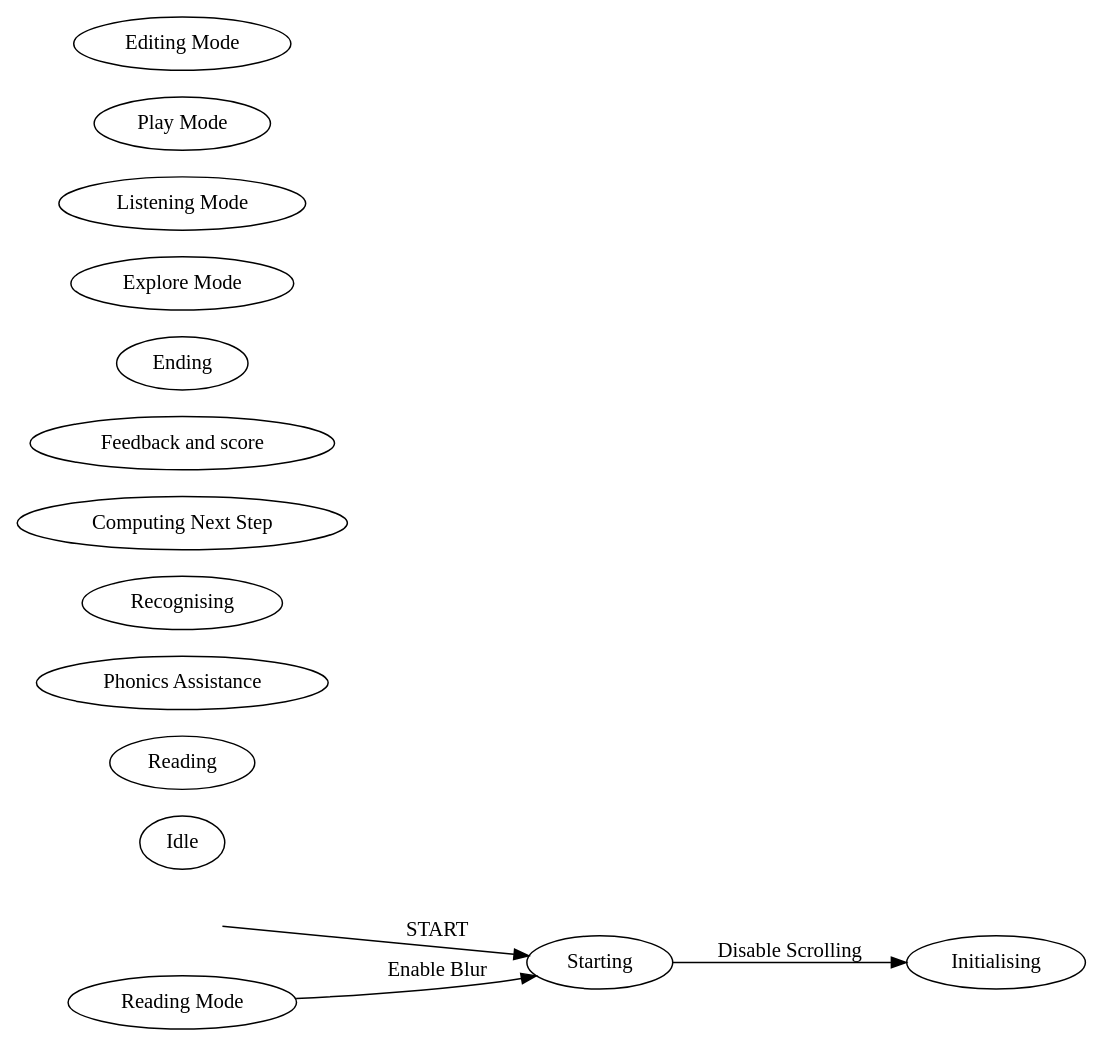
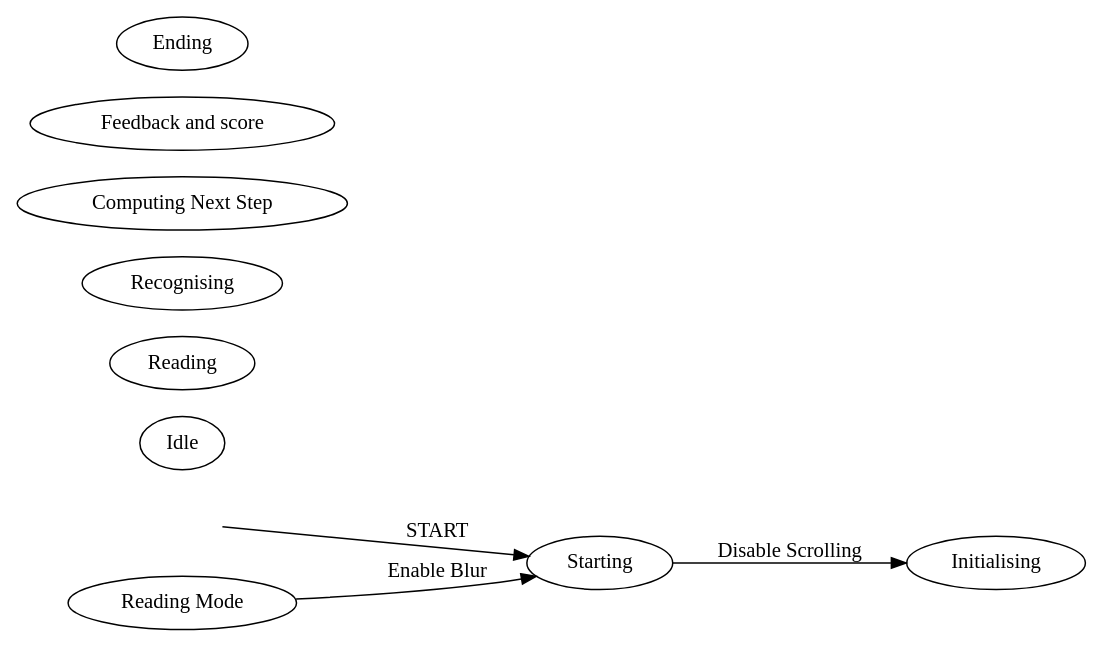
The diagram in SwiftReferenceApp/SwiftReferenceApp/AppTextView.schema.dot (geoo993/SwiftStateMachineDev), drawn with Graphviz before and after one commit. The commit also changed 5 other files, not shown here.

Commit message:
re-factored reading mode state machine

```diff
--- a/SwiftReferenceApp/SwiftReferenceApp/AppTextView.schema.dot
+++ b/SwiftReferenceApp/SwiftReferenceApp/AppTextView.schema.dot
@@ -1,24 +1,19 @@
 digraph {
     graph [rankdir=LR]
 
     0 [label="", shape=plaintext]
     0 -> 1 [label="START"]
 
     1 [label="Starting"]
     2 [label="Initialising"]
     3 [label="Idle"]
     4 [label="Reading"]
-    5 [label="Phonics Assistance"]
-    6 [label="Recognising"]
-    7 [label="Computing Next Step"]
-    8 [label="Feedback and score"]
-    9 [label="Ending"]
-    10 [label="Reading Mode"]
-    11 [label="Explore Mode"]
-    12 [label="Listening Mode"]
-    13 [label="Play Mode"]
-    14 [label="Editing Mode"]
+    5 [label="Recognising"]
+    6 [label="Computing Next Step"]
+    7 [label="Feedback and score"]
+    8 [label="Ending"]
+    9 [label="Reading Mode"]
 
     1 -> 2 [label="Disable Scrolling"]
-    10 -> 1 [label="Enable Blur"]
+    9 -> 1 [label="Enable Blur"]
 }
```
